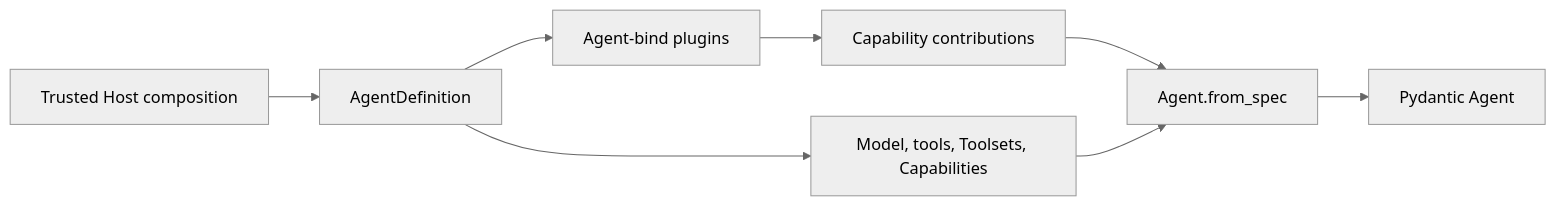
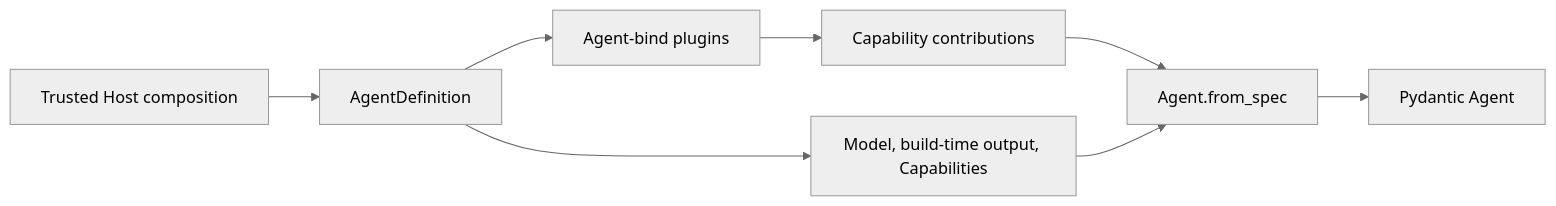
The first of 3 diagrams in spec/agent-harness/01-pydantic-ai-foundation.md (LTThreeComma/agent-foundation), drawn with Mermaid (neutral theme) before and after one commit. The commit also changed other lines of this file and 58 other files, not shown here.

````diff
--- a/spec/agent-harness/01-pydantic-ai-foundation.md
+++ b/spec/agent-harness/01-pydantic-ai-foundation.md
@@ -46,9 +46,9 @@
 ```mermaid
 flowchart LR
     Host[Trusted Host composition] --> Definition[AgentDefinition]
     Definition --> Plugins[Agent-bind plugins]
     Plugins --> Contributions[Capability contributions]
-    Definition --> Native[Model, tools, Toolsets, Capabilities]
+    Definition --> Native[Model, build-time output, Capabilities]
     Contributions & Native --> FromSpec[Agent.from_spec]
     FromSpec --> Agent[Pydantic Agent]
 ```
````
